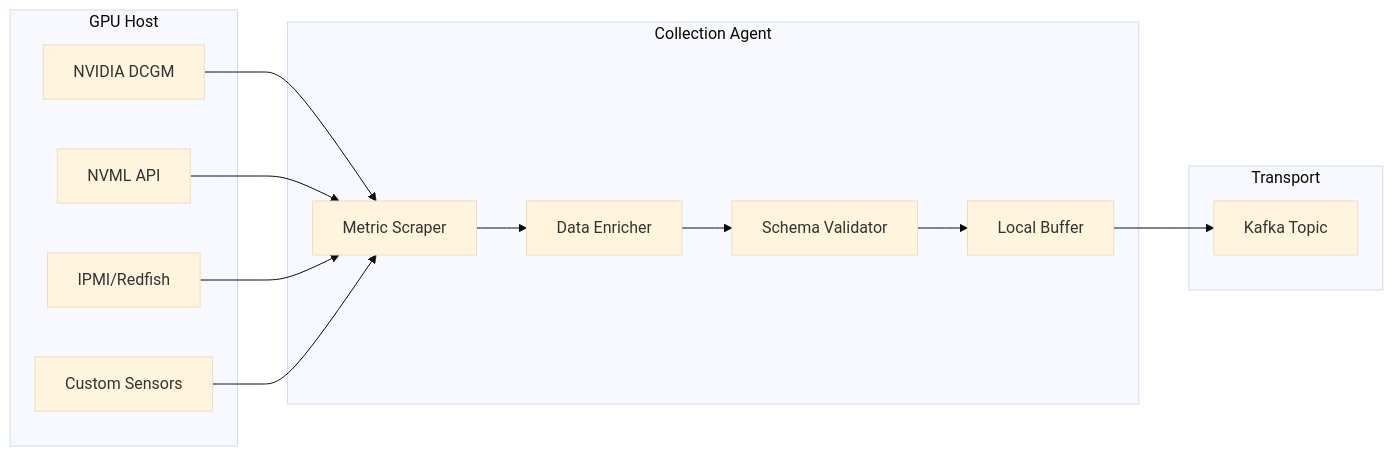
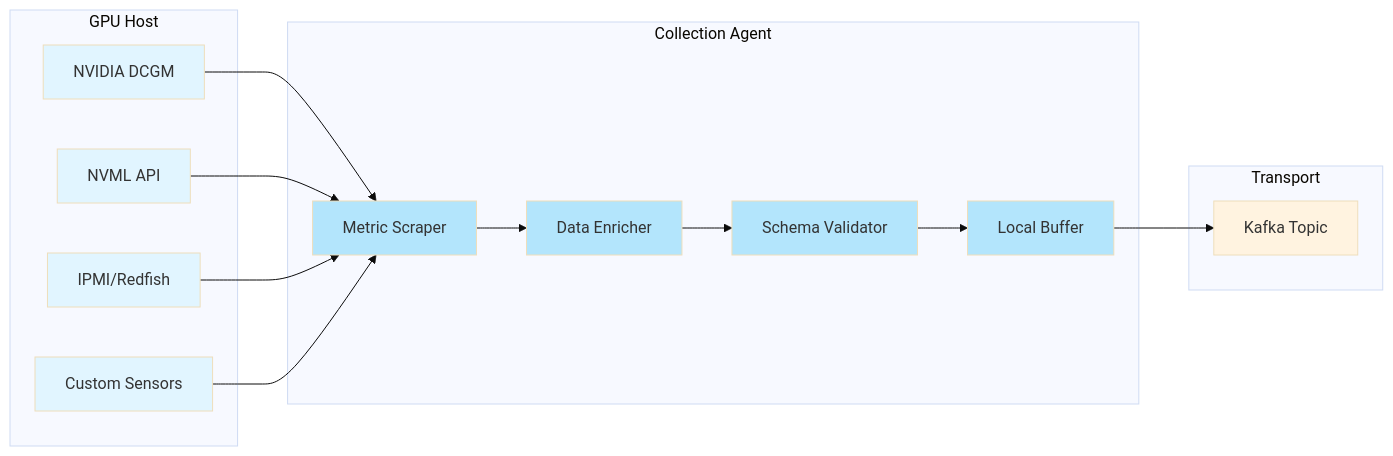
The second of 12 diagrams in gpu-health-system-architecture.md (SolidRegardless/gpu-health-monitor), drawn with Mermaid (base theme) before and after one commit. The commit also changed other lines of this file, not shown here.

Commit message:
Add color-coded Mermaid diagrams to system architecture document

````diff
--- a/gpu-health-system-architecture.md
+++ b/gpu-health-system-architecture.md
@@ -135,30 +157,40 @@
 ```mermaid
 graph LR
     subgraph "GPU Host"
         DCGM[NVIDIA DCGM]
         NVML[NVML API]
         IPMI[IPMI/Redfish]
         Custom[Custom Sensors]
     end
     
     subgraph "Collection Agent"
         Scraper[Metric Scraper]
         Enricher[Data Enricher]
         Validator[Schema Validator]
         Buffer[Local Buffer]
     end
     
     subgraph "Transport"
         Kafka[Kafka Topic]
     end
     
     DCGM --> Scraper
     NVML --> Scraper
     IPMI --> Scraper
     Custom --> Scraper
     
     Scraper --> Enricher
     Enricher --> Validator
     Validator --> Buffer
     Buffer --> Kafka
+    
+    style DCGM fill:#e1f5ff
+    style NVML fill:#e1f5ff
+    style IPMI fill:#e1f5ff
+    style Custom fill:#e1f5ff
+    style Scraper fill:#b3e5fc
+    style Enricher fill:#b3e5fc
+    style Validator fill:#b3e5fc
+    style Buffer fill:#b3e5fc
+    style Kafka fill:#fff3e0
 ```
````
